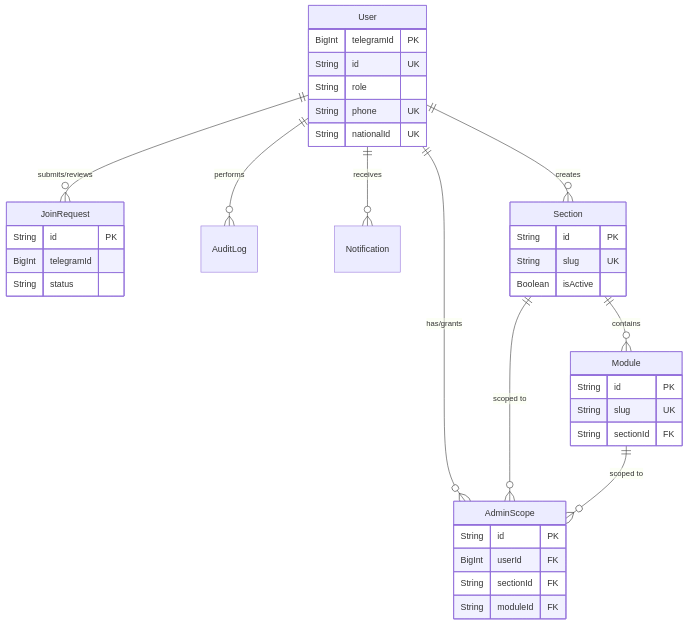
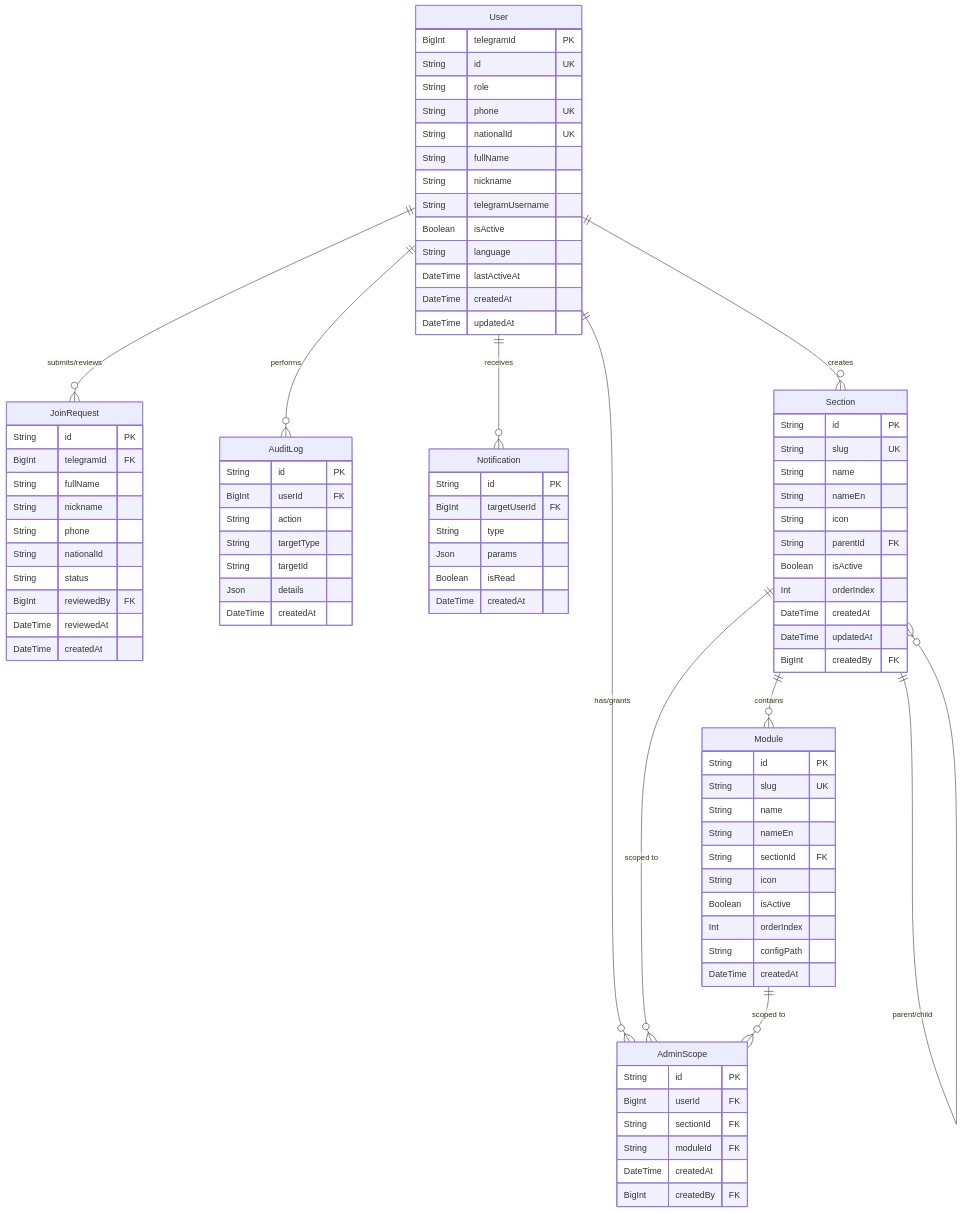
The diagram in docs/developer/database-schema.md (SalehOsman/Al-Saada_Smart_Bot), drawn with Mermaid before and after one commit. The commit also changed other lines of this file and 13 other files, not shown here.

````diff
--- a/docs/developer/database-schema.md
+++ b/docs/developer/database-schema.md
@@ -17,6 +17,7 @@
     User ||--o{ AdminScope : "has/grants"
     Section ||--o{ Module : "contains"
     Section ||--o{ AdminScope : "scoped to"
+    Section ||--o{ Section : "parent/child"
     Module ||--o{ AdminScope : "scoped to"
 
     User {
@@ -25,26 +26,75 @@
         String role
         String phone UK
         String nationalId UK
+        String fullName
+        String nickname
+        String telegramUsername
+        Boolean isActive
+        String language
+        DateTime lastActiveAt
+        DateTime createdAt
+        DateTime updatedAt
     }
     JoinRequest {
         String id PK
-        BigInt telegramId
+        BigInt telegramId FK
+        String fullName
+        String nickname
+        String phone
+        String nationalId
         String status
+        BigInt reviewedBy FK
+        DateTime reviewedAt
+        DateTime createdAt
     }
     Section {
         String id PK
         String slug UK
+        String name
+        String nameEn
+        String icon
+        String parentId FK
         Boolean isActive
+        Int orderIndex
+        DateTime createdAt
+        DateTime updatedAt
+        BigInt createdBy FK
     }
     Module {
         String id PK
         String slug UK
+        String name
+        String nameEn
         String sectionId FK
+        String icon
+        Boolean isActive
+        Int orderIndex
+        String configPath
+        DateTime createdAt
+    }
+    AuditLog {
+        String id PK
+        BigInt userId FK
+        String action
+        String targetType
+        String targetId
+        Json details
+        DateTime createdAt
+    }
+    Notification {
+        String id PK
+        BigInt targetUserId FK
+        String type
+        Json params
+        Boolean isRead
+        DateTime createdAt
     }
     AdminScope {
         String id PK
         BigInt userId FK
         String sectionId FK
         String moduleId FK
+        DateTime createdAt
+        BigInt createdBy FK
     }
 ```
````
